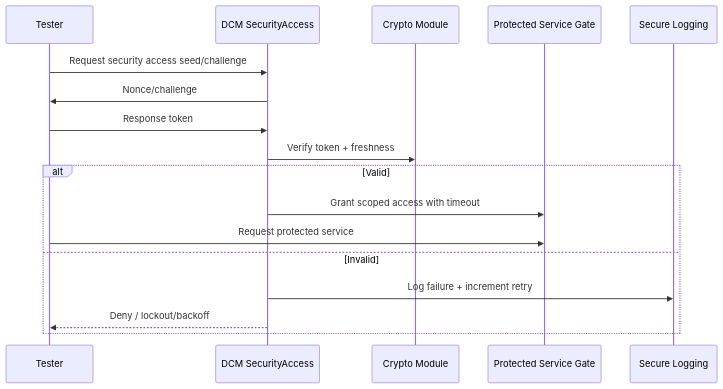
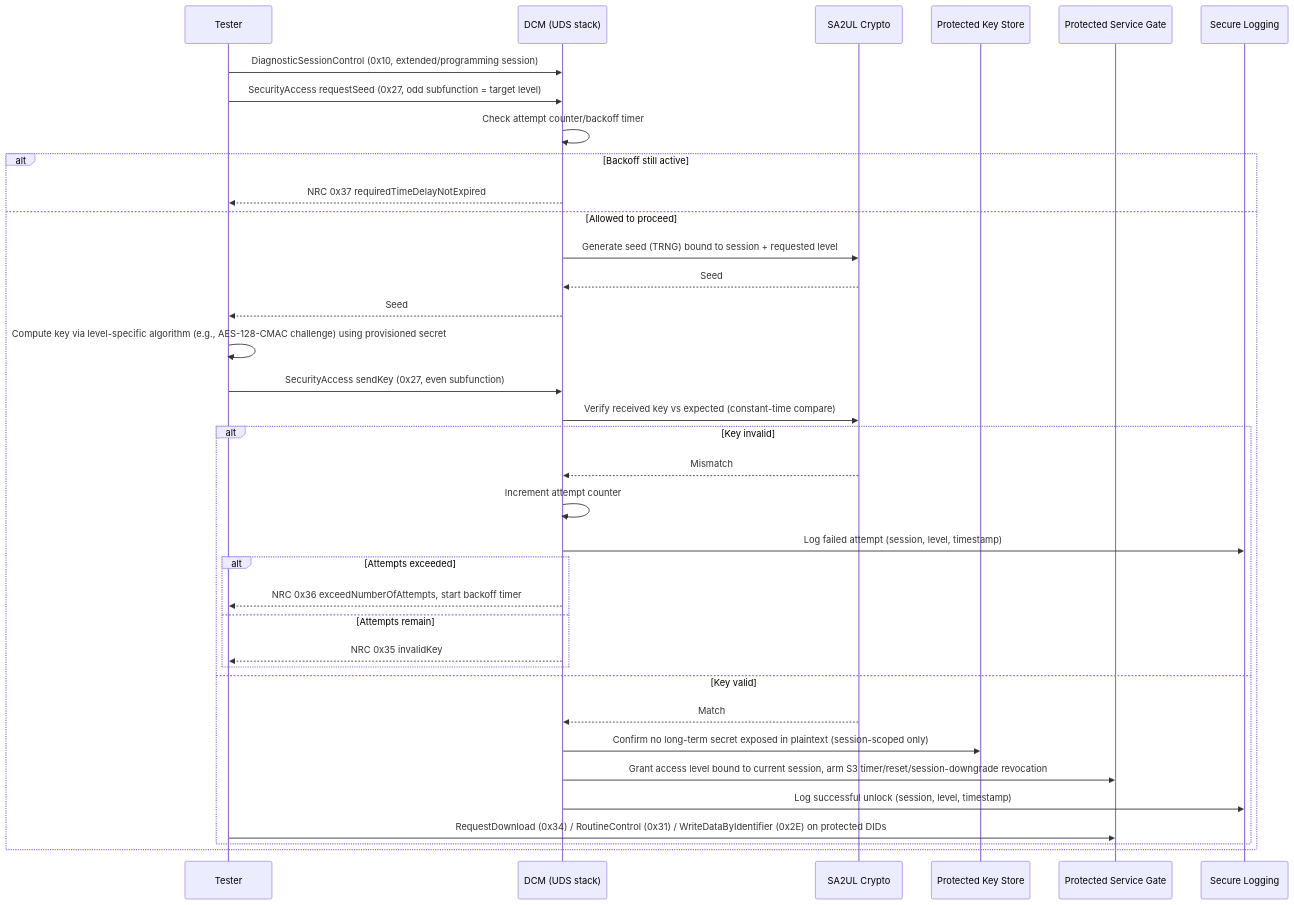
One commit to vinodneelakantam/Sec_Concepts_Req_tracability changed the third of 3 diagrams in TDA4VM_SecureAccess_Requirements.md. Above: the diagram before and after it, drawn with Mermaid. The commit also changed other lines of this file and 8 other files, not shown here.

````diff
--- a/TDA4VM_SecureAccess_Requirements.md
+++ b/TDA4VM_SecureAccess_Requirements.md
@@ -91,20 +91,39 @@
 ```mermaid
 sequenceDiagram
   participant T as Tester
-  participant D as DCM SecurityAccess
-  participant C as Crypto Module
+  participant D as DCM (UDS stack)
+  participant Y as SA2UL Crypto
+  participant K as Protected Key Store
   participant G as Protected Service Gate
   participant L as Secure Logging
 
-  T->>D: Request security access seed/challenge
-  D->>T: Nonce/challenge
-  T->>D: Response token
-  D->>C: Verify token + freshness
-  alt Valid
-    D->>G: Grant scoped access with timeout
-    T->>G: Request protected service
-  else Invalid
-    D->>L: Log failure + increment retry
-    D-->>T: Deny / lockout/backoff
+  T->>D: DiagnosticSessionControl (0x10, extended/programming session)
+  T->>D: SecurityAccess requestSeed (0x27, odd subfunction = target level)
+  D->>D: Check attempt counter/backoff timer
+  alt Backoff still active
+    D-->>T: NRC 0x37 requiredTimeDelayNotExpired
+  else Allowed to proceed
+    D->>Y: Generate seed (TRNG) bound to session + requested level
+    Y-->>D: Seed
+    D-->>T: Seed
+    T->>T: Compute key via level-specific algorithm (e.g., AES-128-CMAC challenge) using provisioned secret
+    T->>D: SecurityAccess sendKey (0x27, even subfunction)
+    D->>Y: Verify received key vs expected (constant-time compare)
+    alt Key invalid
+      Y-->>D: Mismatch
+      D->>D: Increment attempt counter
+      D->>L: Log failed attempt (session, level, timestamp)
+      alt Attempts exceeded
+        D-->>T: NRC 0x36 exceedNumberOfAttempts, start backoff timer
+      else Attempts remain
+        D-->>T: NRC 0x35 invalidKey
+      end
+    else Key valid
+      Y-->>D: Match
+      D->>K: Confirm no long-term secret exposed in plaintext (session-scoped only)
+      D->>G: Grant access level bound to current session, arm S3 timer/reset/session-downgrade revocation
+      D->>L: Log successful unlock (session, level, timestamp)
+      T->>G: RequestDownload (0x34) / RoutineControl (0x31) / WriteDataByIdentifier (0x2E) on protected DIDs
+    end
   end
 ```
````
